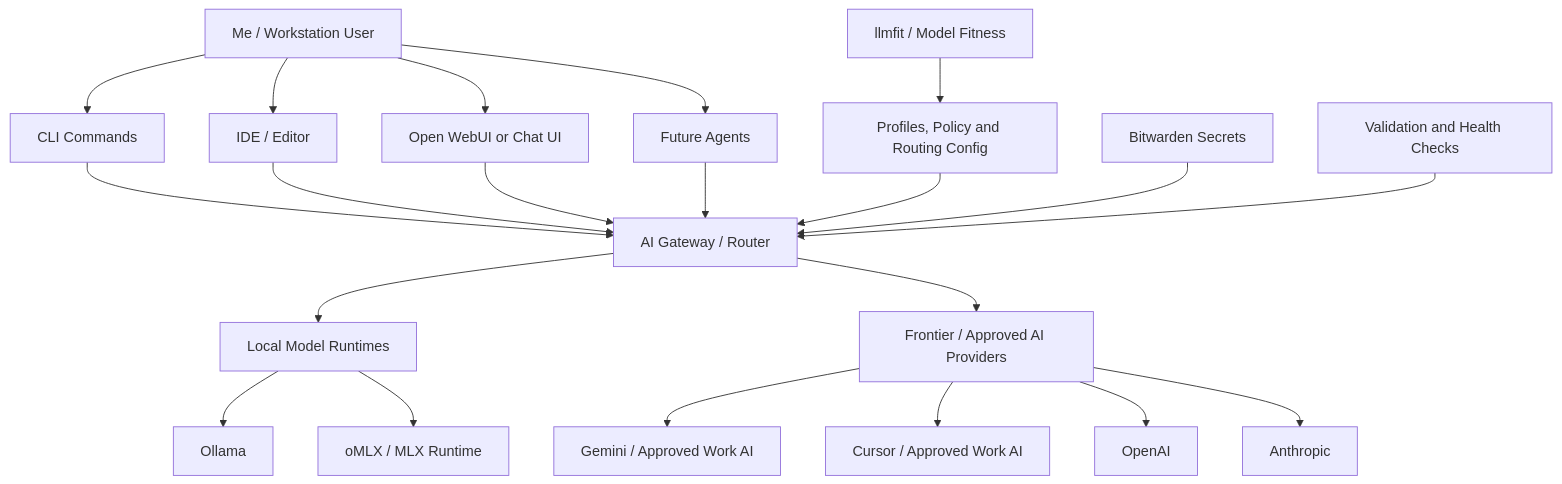
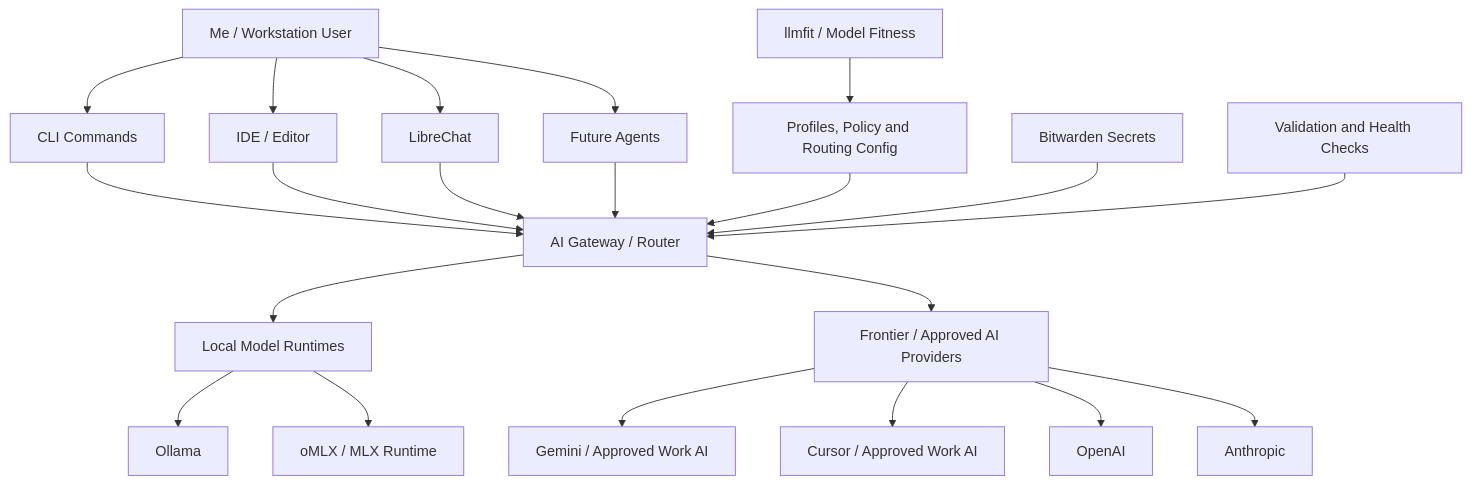
One commit to Deim0s13/ai-lab changed the first of 12 diagrams in docs/03-architecture.md. Above: the diagram before and after it, drawn with Mermaid. The commit also changed other lines of this file and 16 other files, not shown here.

````diff
--- a/docs/03-architecture.md
+++ b/docs/03-architecture.md
@@ -63,52 +63,52 @@
 ```mermaid
 flowchart TD
     User[Me / Workstation User]
 
     CLI[CLI Commands]
     IDE[IDE / Editor]
-    UI[Open WebUI or Chat UI]
+    UI[LibreChat]
     Agents[Future Agents]
 
     Gateway[AI Gateway / Router]
     Policy[Profiles, Policy and Routing Config]
 
     Local[Local Model Runtimes]
     Frontier[Frontier / Approved AI Providers]
 
     Ollama[Ollama]
     OMLX[oMLX / MLX Runtime]
     Gemini[Gemini / Approved Work AI]
     Cursor[Cursor / Approved Work AI]
     OpenAI[OpenAI]
     Anthropic[Anthropic]
 
     Validation[Validation and Health Checks]
     Fitness[llmfit / Model Fitness]
     Secrets[Bitwarden Secrets]
 
     User --> CLI
     User --> IDE
     User --> UI
     User --> Agents
 
     CLI --> Gateway
     IDE --> Gateway
     UI --> Gateway
     Agents --> Gateway
 
     Policy --> Gateway
     Secrets --> Gateway
     Fitness --> Policy
     Validation --> Gateway
 
     Gateway --> Local
     Gateway --> Frontier
 
     Local --> Ollama
     Local --> OMLX
 
     Frontier --> Gemini
     Frontier --> Cursor
     Frontier --> OpenAI
     Frontier --> Anthropic
 ```
````
